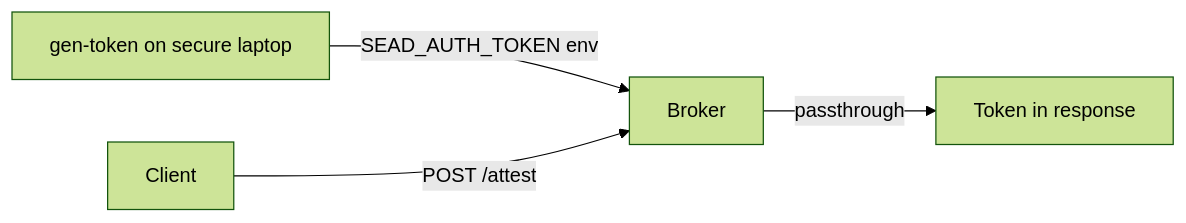
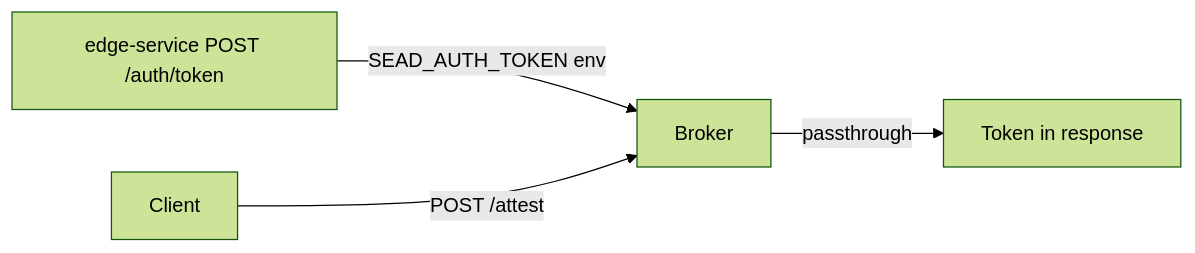
Before and after one commit to Stardome-technology/stardome-sead-broker: the second of 3 diagrams in README.md, drawn with Mermaid (forest theme). The commit also changed other lines of this file, not shown here.

Commit message:
Update README.md to clarify token flow and deprecate gen-token binary

````diff
--- a/README.md
+++ b/README.md
@@ -31,6 +31,6 @@
 ```mermaid
 flowchart LR
-    A[gen-token on secure laptop] -->|SEAD_AUTH_TOKEN env| B[Broker]
+    A[edge-service POST /auth/token] -->|SEAD_AUTH_TOKEN env| B[Broker]
     C[Client] -->|POST /attest| B
     B -->|passthrough| D[Token in response]
 ```
````
